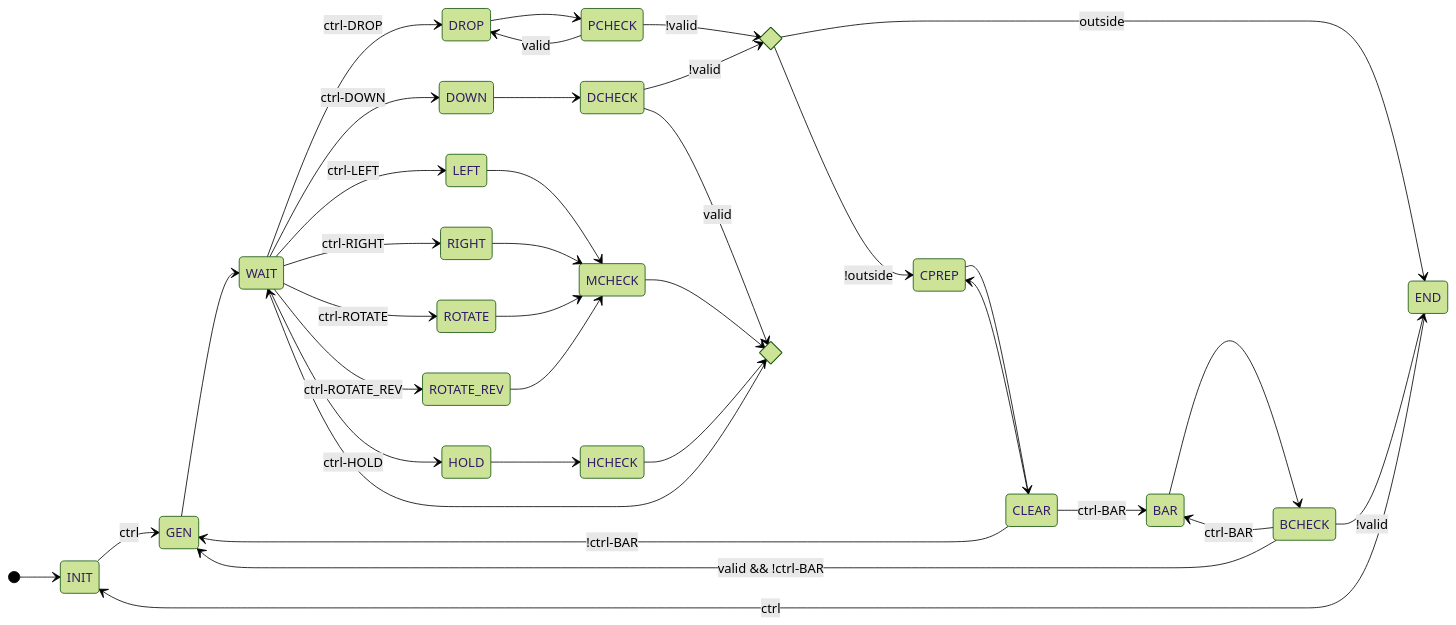
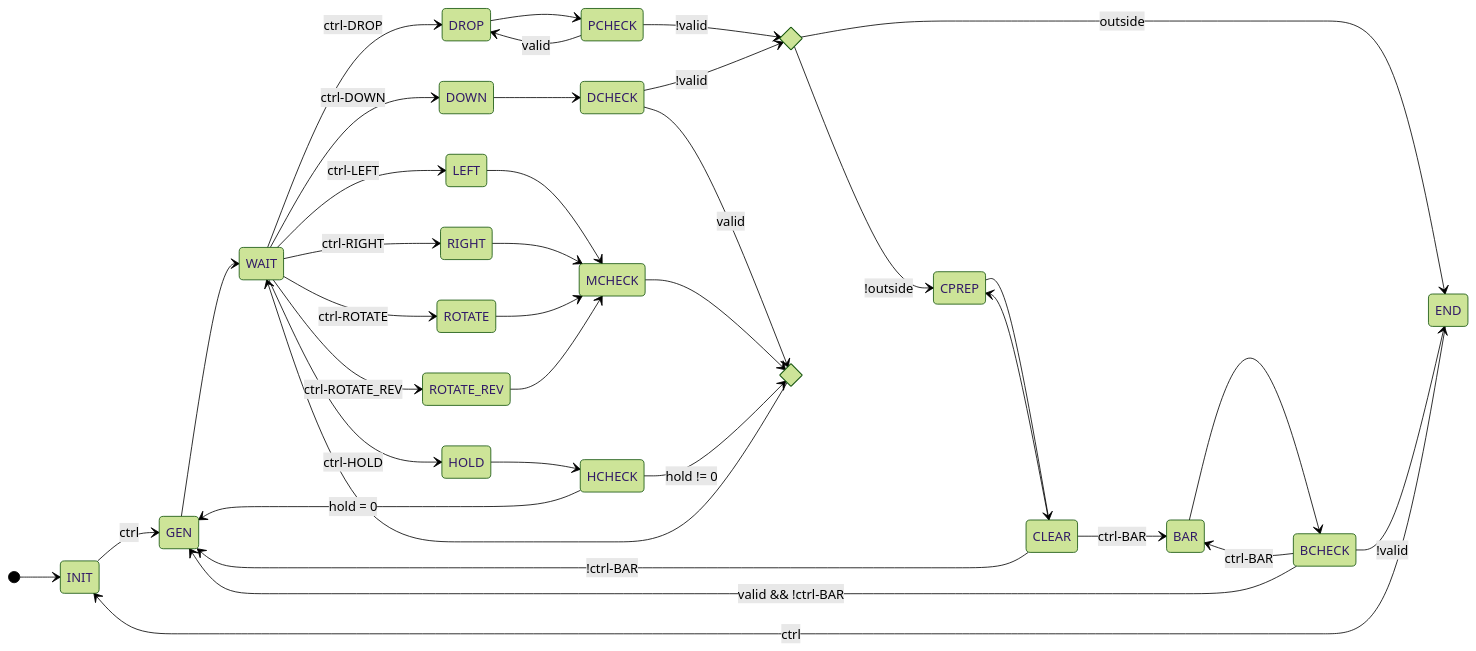
Before and after one commit to nella17/NYCU-DCLab-2022-Final: the second of 3 diagrams in README.md, drawn with Mermaid (forest theme). The commit also changed other lines of this file, not shown here.

Commit message:
update state graph & checkbox

````diff
--- a/README.md
+++ b/README.md
@@ -80,41 +80,42 @@
 ```mermaid
 stateDiagram-v2
 direction LR
 [*] --> INIT
 INIT --> GEN    : ctrl
 GEN --> WAIT
 WAIT --> DROP   : ctrl-DROP
 WAIT --> DOWN   : ctrl-DOWN
 WAIT --> LEFT   : ctrl-LEFT
 WAIT --> RIGHT  : ctrl-RIGHT
 WAIT --> ROTATE : ctrl-ROTATE
 WAIT --> ROTATE_REV : ctrl-ROTATE_REV
 WAIT --> HOLD   : ctrl-HOLD
 DROP --> PCHECK
 DOWN --> DCHECK
 LEFT --> MCHECK
 RIGHT --> MCHECK
 ROTATE --> MCHECK
 ROTATE_REV --> MCHECK
 HOLD --> HCHECK
 BAR --> BCHECK
 PCHECK --> DROP     : valid
 state CLEAR_END <<choice>>
 state WAIT_ <<choice>>
 PCHECK --> CLEAR_END : !valid
 DCHECK --> CLEAR_END : !valid
 DCHECK --> WAIT_     : valid
 MCHECK --> WAIT_
-HCHECK --> WAIT_
+HCHECK --> WAIT_     : hold != 0
+HCHECK --> GEN       : hold = 0
 WAIT_ --> WAIT
 CLEAR_END --> CPREP  : !outside
 CLEAR_END --> END    : outside
 END --> INIT         : ctrl
 CPREP --> CLEAR
 CLEAR --> CPREP
 CLEAR --> GEN        : !ctrl-BAR
 CLEAR --> BAR        : ctrl-BAR
 BCHECK --> END       : !valid
 BCHECK --> BAR       : ctrl-BAR
 BCHECK --> GEN       : valid && !ctrl-BAR
 ```
````
